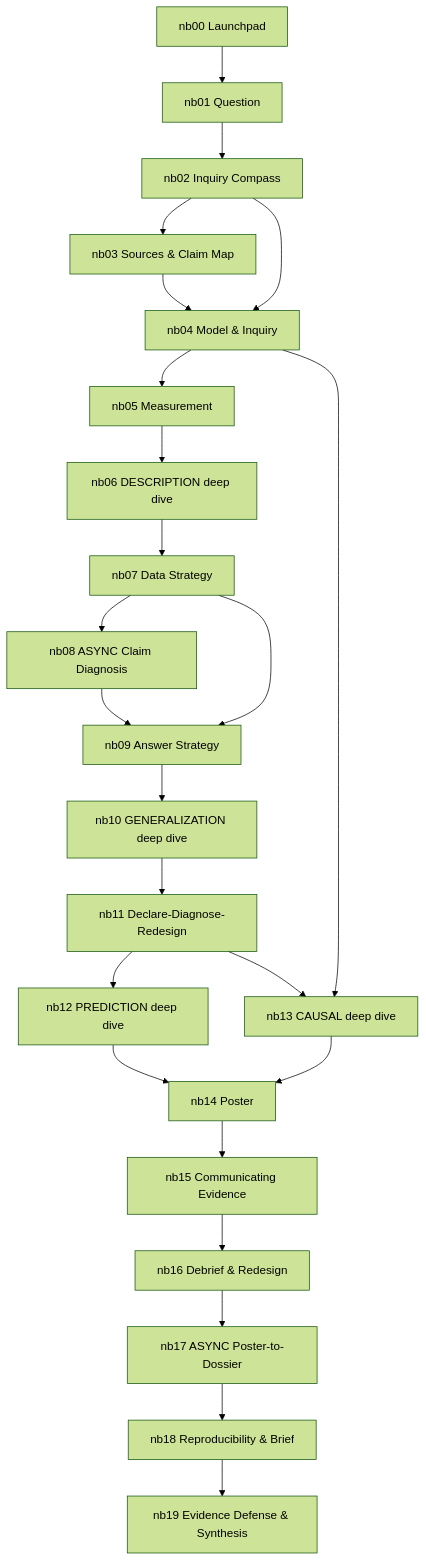
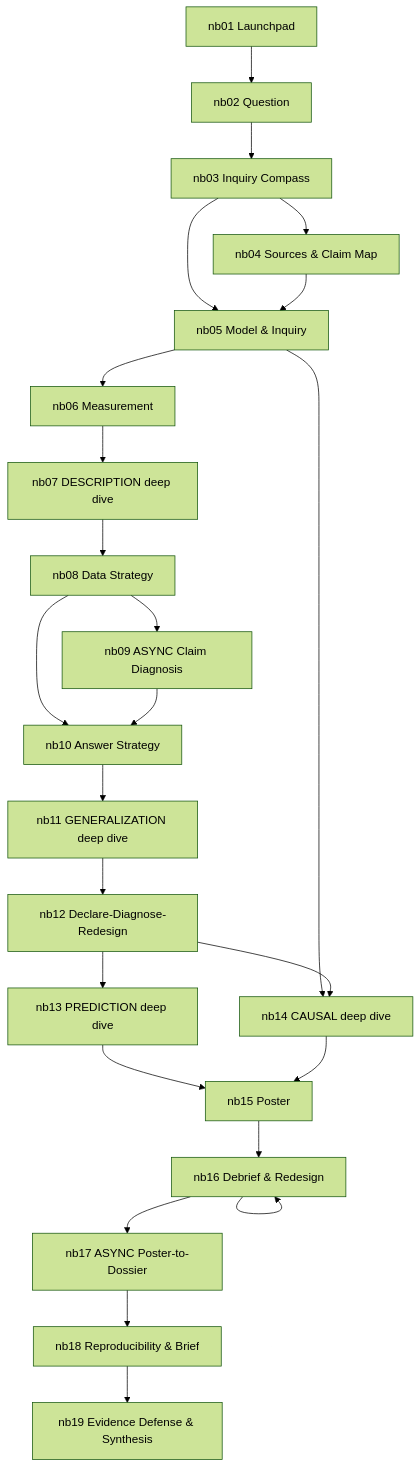
One commit to davi-moreira/2026F_evidence_driven_research_purdue_HONR464 changed the diagram in planning/COURSE_DEPENDENCY_MAP.md. Above: the diagram before and after it, drawn with Mermaid (forest theme). The commit also changed other lines of this file and 188 other files, not shown here.

````diff
--- a/planning/COURSE_DEPENDENCY_MAP.md
+++ b/planning/COURSE_DEPENDENCY_MAP.md
@@ -8,26 +8,26 @@
 ```mermaid
 graph TD
-    nb00[nb00 Launchpad] --> nb01[nb01 Question]
-    nb01 --> nb02[nb02 Inquiry Compass]
-    nb02 --> nb03[nb03 Sources & Claim Map]
-    nb02 --> nb04[nb04 Model & Inquiry]
-    nb03 --> nb04
-    nb04 --> nb05[nb05 Measurement]
-    nb05 --> nb06[nb06 DESCRIPTION deep dive]
-    nb06 --> nb07[nb07 Data Strategy]
-    nb07 --> nb08[nb08 ASYNC Claim Diagnosis]
-    nb07 --> nb09[nb09 Answer Strategy]
-    nb08 --> nb09
-    nb09 --> nb10[nb10 GENERALIZATION deep dive]
-    nb10 --> nb11[nb11 Declare-Diagnose-Redesign]
-    nb11 --> nb12[nb12 PREDICTION deep dive]
-    nb04 --> nb13[nb13 CAUSAL deep dive]
-    nb11 --> nb13
-    nb12 --> nb14[nb14 Poster]
-    nb13 --> nb14
-    nb14 --> nb15[nb15 Communicating Evidence]
-    nb15 --> nb16[nb16 Debrief & Redesign]
+    nb01[nb01 Launchpad] --> nb02[nb02 Question]
+    nb02 --> nb03[nb03 Inquiry Compass]
+    nb03 --> nb04[nb04 Sources & Claim Map]
+    nb03 --> nb05[nb05 Model & Inquiry]
+    nb04 --> nb05
+    nb05 --> nb06[nb06 Measurement]
+    nb06 --> nb07[nb07 DESCRIPTION deep dive]
+    nb07 --> nb08[nb08 Data Strategy]
+    nb08 --> nb09[nb09 ASYNC Claim Diagnosis]
+    nb08 --> nb10[nb10 Answer Strategy]
+    nb09 --> nb10
+    nb10 --> nb11[nb11 GENERALIZATION deep dive]
+    nb11 --> nb12[nb12 Declare-Diagnose-Redesign]
+    nb12 --> nb13[nb13 PREDICTION deep dive]
+    nb05 --> nb14[nb14 CAUSAL deep dive]
+    nb12 --> nb14
+    nb13 --> nb15[nb15 Poster]
+    nb14 --> nb15
+    nb15 --> nb16[nb16 Communicating Evidence]
+    nb16 --> nb16[nb16 Debrief & Redesign]
     nb16 --> nb17[nb17 ASYNC Poster-to-Dossier]
     nb17 --> nb18[nb18 Reproducibility & Brief]
     nb18 --> nb19[nb19 Evidence Defense & Synthesis]
 ```
````
